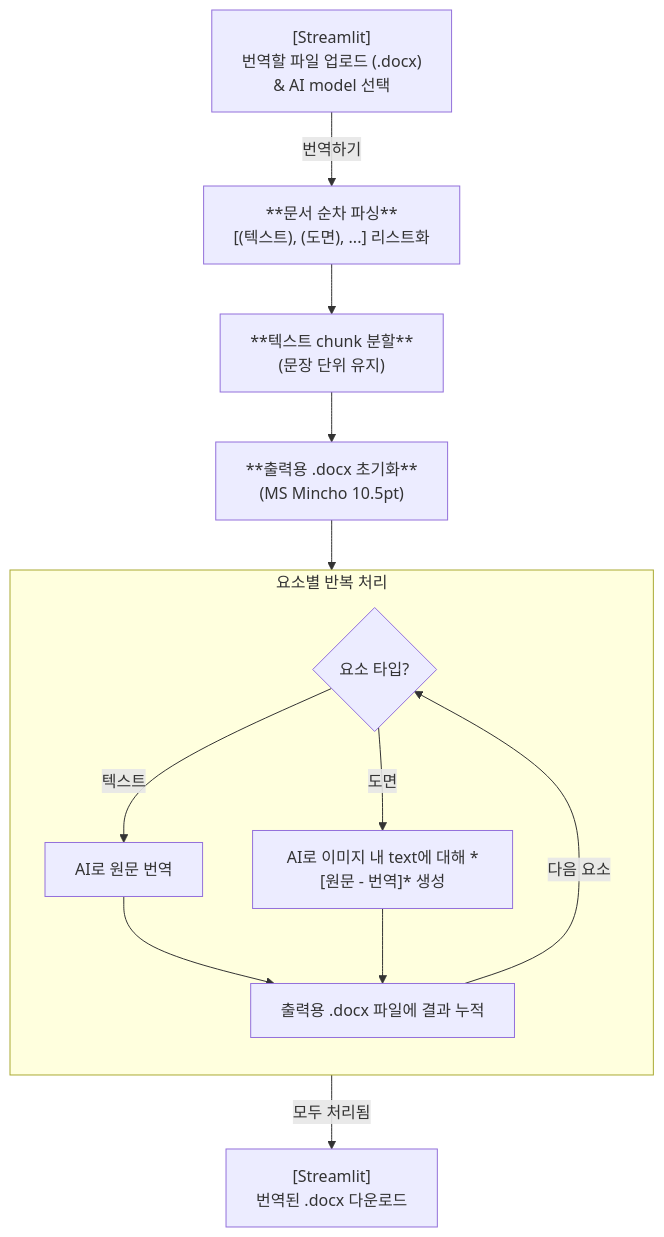
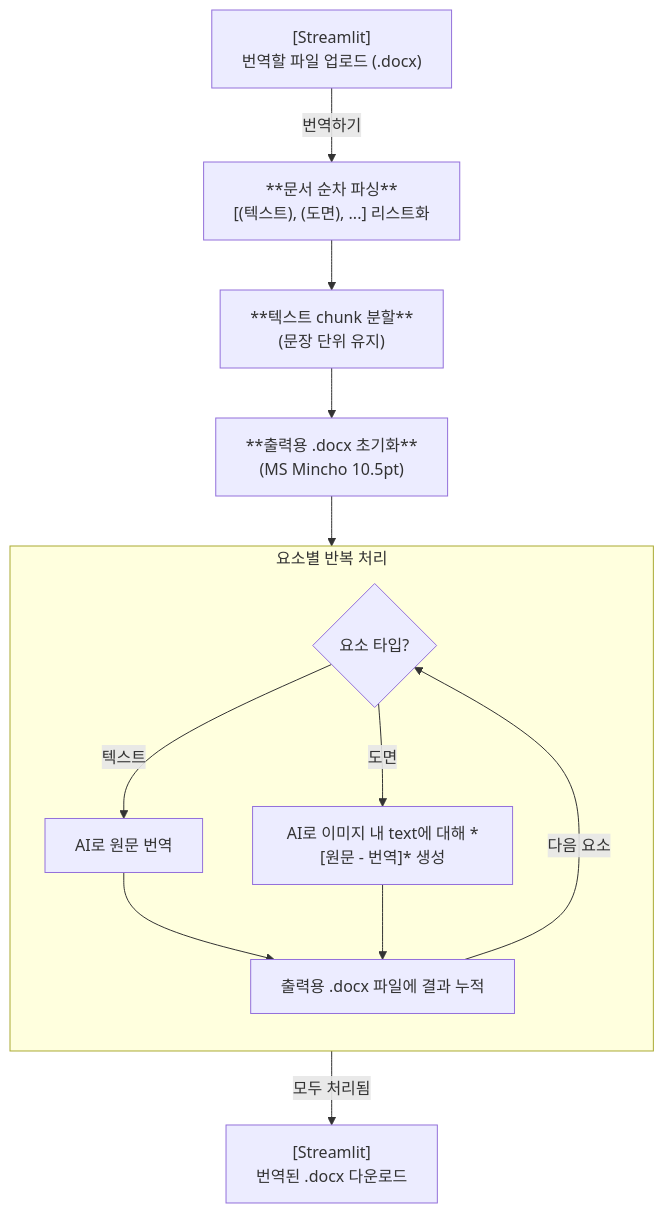
The diagram in README.md (do0ori/ko-jp-patent-translator), drawn with Mermaid before and after one commit. The commit also changed other lines of this file, not shown here.

````diff
--- a/README.md
+++ b/README.md
@@ -5,24 +7,24 @@
 ```mermaid
 flowchart TD
-  A1["[Streamlit]<br>번역할 파일 업로드 (.docx)<br>& AI model 선택"]
+  A1["[Streamlit]<br>번역할 파일 업로드 (.docx)"]
   A2["**문서 순차 파싱**<br><div style='white-space:nowrap'>[(텍스트), (도면), ...] 리스트화</div>"]
   A3["**텍스트 chunk 분할**<br>(문장 단위 유지)"]
   A4["**출력용 .docx 초기화**<br>(MS Mincho 10.5pt)"]
 
   subgraph LOOP["요소별 반복 처리"]
     direction TB
     D{"요소 타입?"}
     T["AI로 원문 번역"]
     I["AI로 이미지 내 text에 대해 *[원문 - 번역]* 생성"]
     D -->|텍스트| T --> E
     D -->|도면| I --> E
   end
 
   E["<div style='white-space:nowrap'>출력용 .docx 파일에 결과 누적</div>"]
   A7["[Streamlit]<br>번역된 .docx 다운로드"]
 
   %% 흐름
   A1 -->|번역하기| A2 --> A3 --> A4 --> LOOP
   E -->|다음 요소| D
   D -->|모두 처리됨| A7
 ```
````
